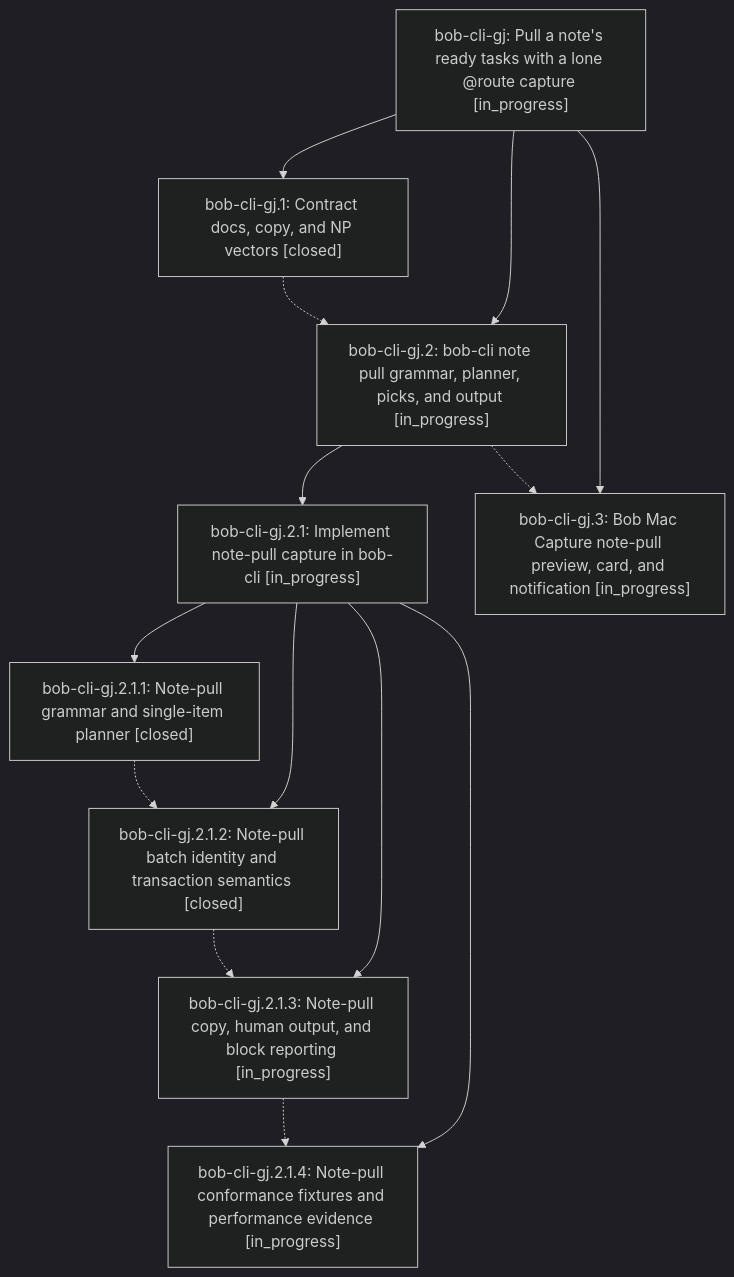
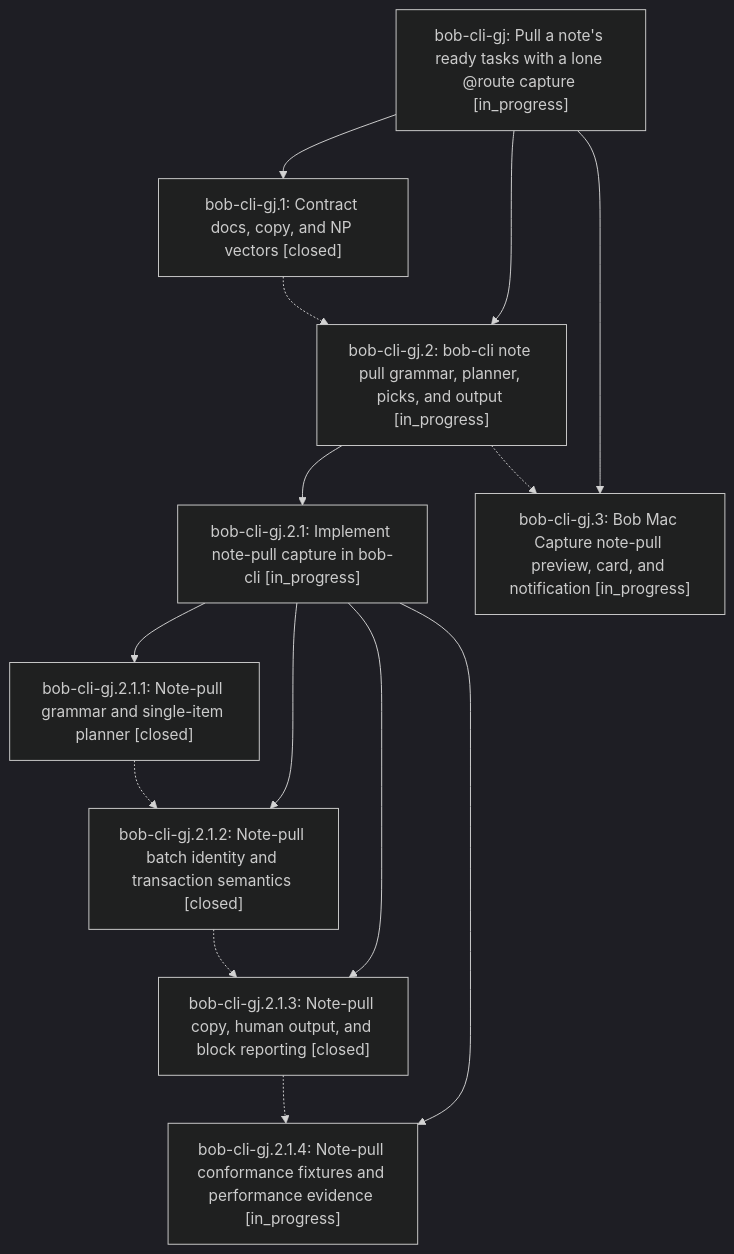
The diagram in pages/bob-cli-gj/README.md (bobs-org/bob-cli--beads), drawn with Mermaid (dark theme) before and after one commit. The commit also changed other lines of this file and 6 other files, not shown here.

First line of the commit message:
chore(beads): sync bead state and pages for bob-cli-gj

````diff
--- a/pages/bob-cli-gj/README.md
+++ b/pages/bob-cli-gj/README.md
@@ -40,25 +40,25 @@
 ```mermaid
 flowchart TD
     n0["bob-cli-gj: Pull a note's ready tasks with a lone @route capture [in_progress]"]
     n1["bob-cli-gj.1: Contract docs, copy, and NP vectors [closed]"]
     n2["bob-cli-gj.2: bob-cli note pull grammar, planner, picks, and output [in_progress]"]
     n3["bob-cli-gj.2.1: Implement note-pull capture in bob-cli [in_progress]"]
     n4["bob-cli-gj.2.1.1: Note-pull grammar and single-item planner [closed]"]
     n5["bob-cli-gj.2.1.2: Note-pull batch identity and transaction semantics [closed]"]
-    n6["bob-cli-gj.2.1.3: Note-pull copy, human output, and block reporting [in_progress]"]
+    n6["bob-cli-gj.2.1.3: Note-pull copy, human output, and block reporting [closed]"]
     n7["bob-cli-gj.2.1.4: Note-pull conformance fixtures and performance evidence [in_progress]"]
     n8["bob-cli-gj.3: Bob Mac Capture note-pull preview, card, and notification [in_progress]"]
     n0 --> n1
     n0 --> n2
     n2 --> n3
     n3 --> n4
     n3 --> n5
     n3 --> n6
     n3 --> n7
     n0 --> n8
     n1 -.-> n2
     n2 -.-> n8
     n4 -.-> n5
     n5 -.-> n6
     n6 -.-> n7
 ```
````
